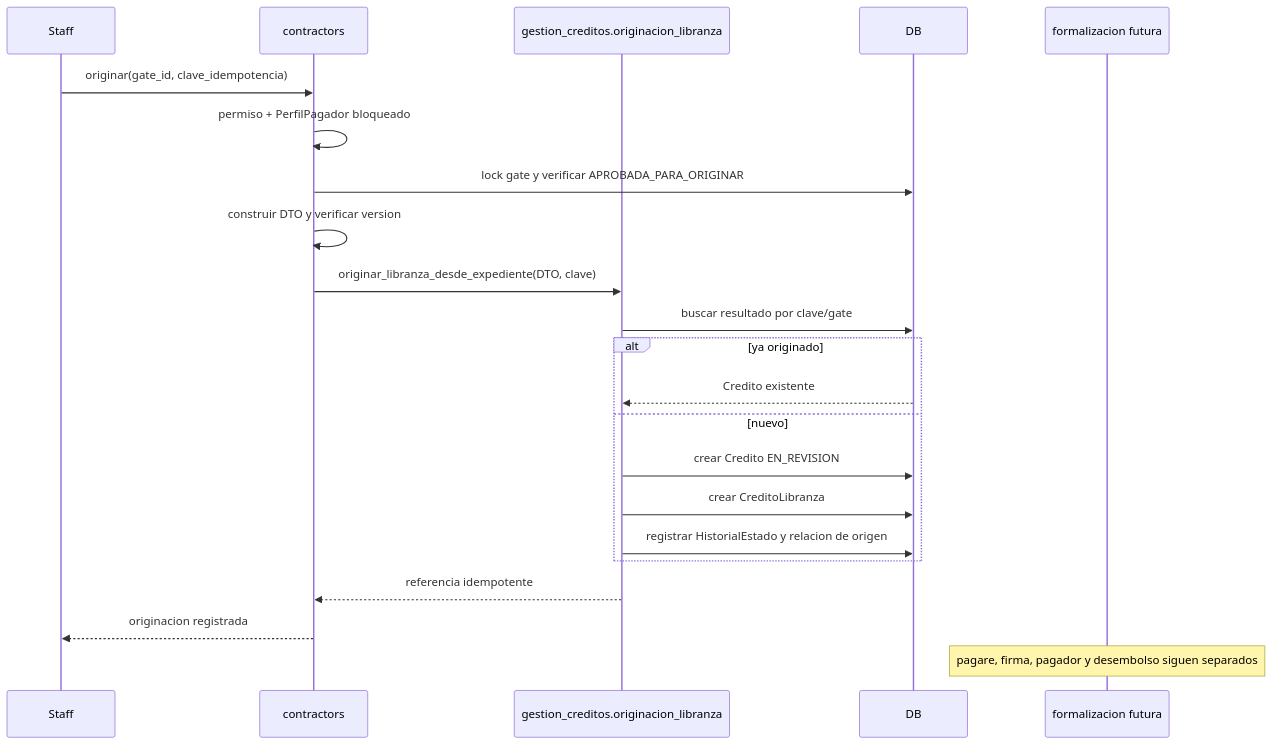
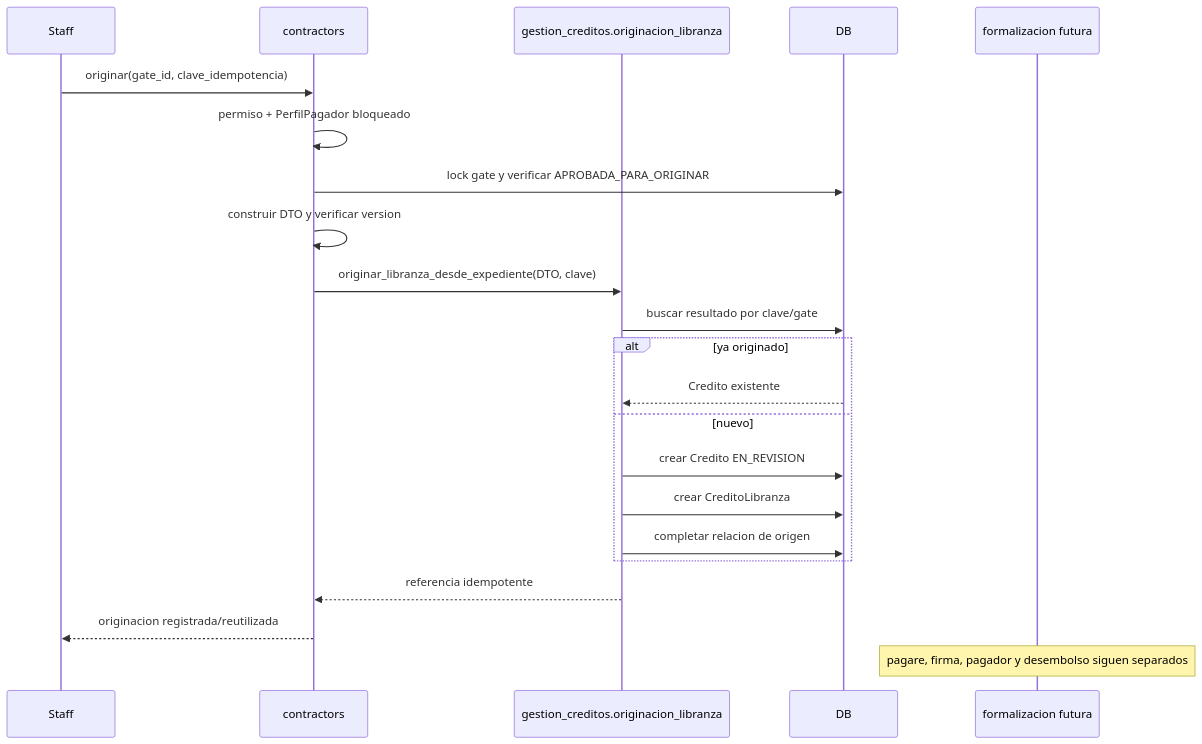
One commit to AdminDataIn/aprobado changed the seventh of 7 diagrams in docs/prestadores_flujo_end_to_end.md. Above: the diagram before and after it, drawn with Mermaid. The commit also changed other lines of this file and 14 other files, not shown here.

````diff
--- a/docs/prestadores_flujo_end_to_end.md
+++ b/docs/prestadores_flujo_end_to_end.md
@@ -365,25 +363,25 @@
 ```mermaid
 sequenceDiagram
     participant Staff
     participant Contractors as contractors
     participant Core as gestion_creditos.originacion_libranza
     participant DB
     participant Formal as formalizacion futura
 
     Staff->>Contractors: originar(gate_id, clave_idempotencia)
     Contractors->>Contractors: permiso + PerfilPagador bloqueado
     Contractors->>DB: lock gate y verificar APROBADA_PARA_ORIGINAR
     Contractors->>Contractors: construir DTO y verificar version
     Contractors->>Core: originar_libranza_desde_expediente(DTO, clave)
     Core->>DB: buscar resultado por clave/gate
     alt ya originado
         DB-->>Core: Credito existente
     else nuevo
         Core->>DB: crear Credito EN_REVISION
         Core->>DB: crear CreditoLibranza
-        Core->>DB: registrar HistorialEstado y relacion de origen
+        Core->>DB: completar relacion de origen
     end
     Core-->>Contractors: referencia idempotente
-    Contractors-->>Staff: originacion registrada
+    Contractors-->>Staff: originacion registrada/reutilizada
     Note over Formal: pagare, firma, pagador y desembolso siguen separados
 ```
````
